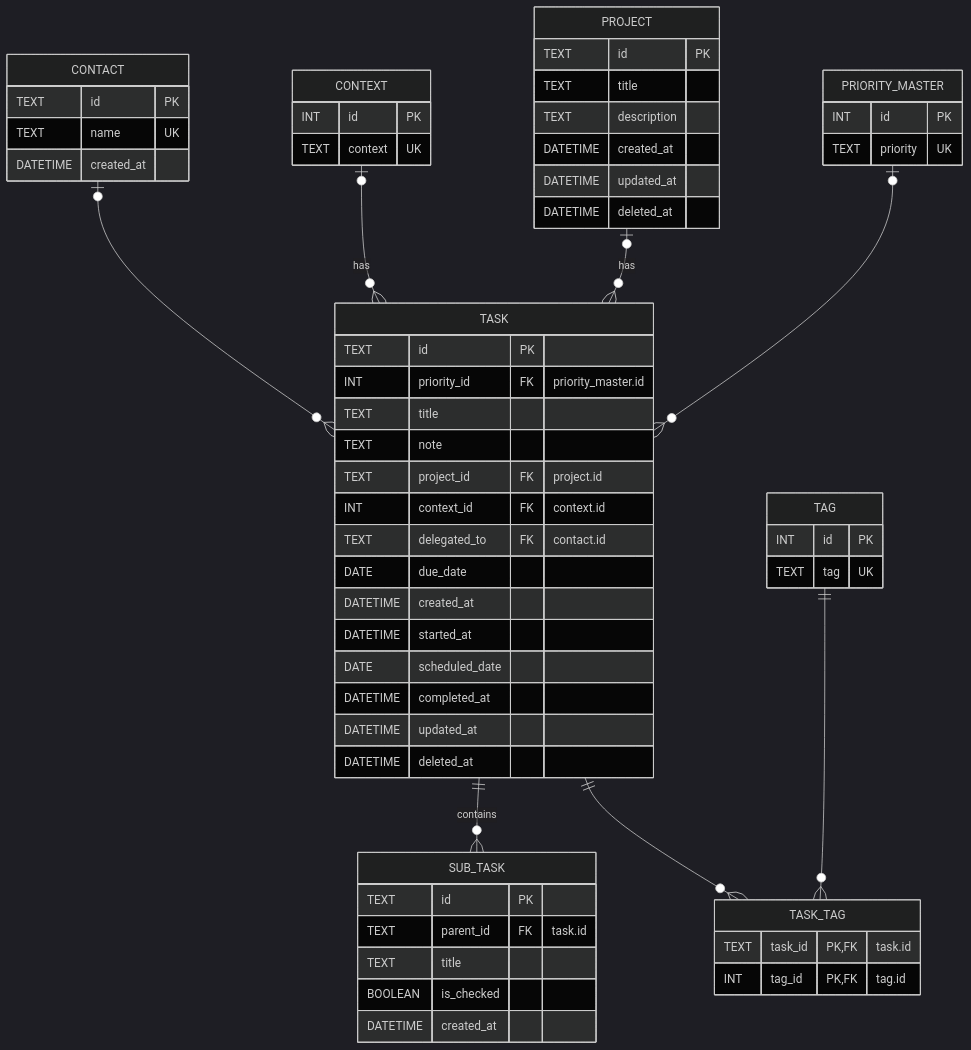
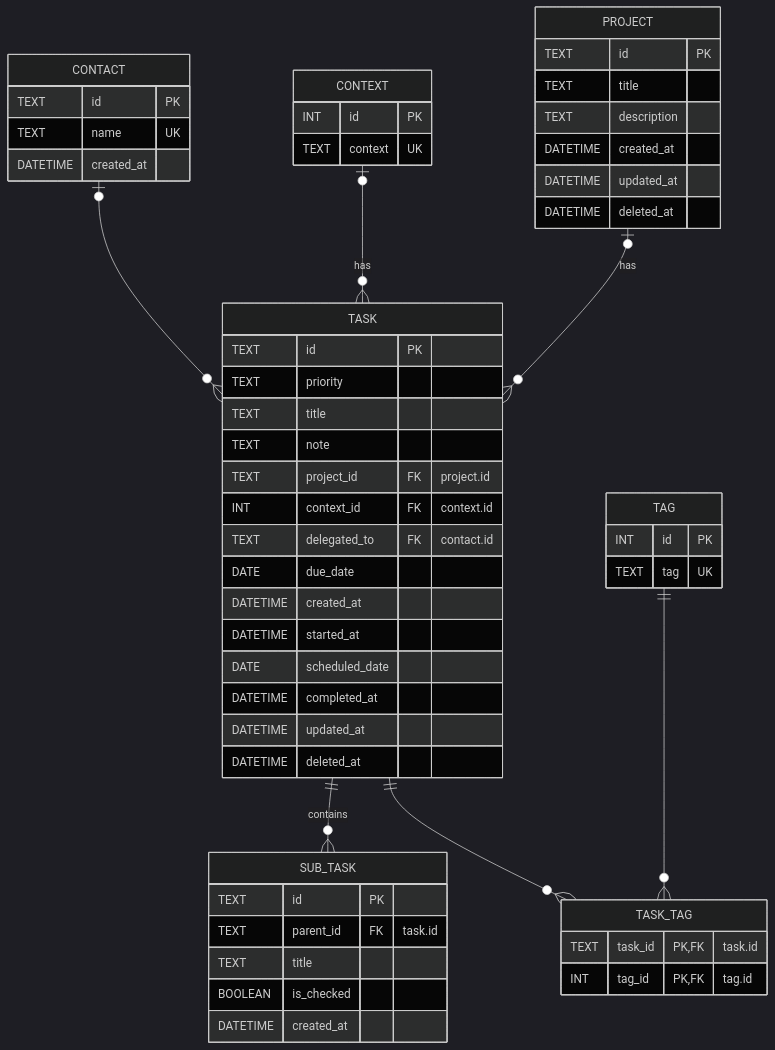
Before and after one commit to rvnkcode/dawn_cli: the diagram in docs/db.md, drawn with Mermaid (dark theme). The commit also changed other lines of this file, not shown here.

Commit message:
Updated DB schema document: Delete priority_master table

````diff
--- a/docs/db.md
+++ b/docs/db.md
@@ -12,70 +12,64 @@
 ```mermaid
 erDiagram
     CONTACT |o--o{ TASK : ""
     CONTEXT |o--o{ TASK : has
     PROJECT |o--o{ TASK : has
-    PRIORITY_MASTER |o--o{ TASK : ""
     TASK ||--o{ SUB_TASK : contains
     TASK ||--o{ TASK_TAG : ""
     TAG ||--o{ TASK_TAG : ""
 
     CONTACT {
         TEXT id PK
         TEXT name UK
         DATETIME created_at
     }
 
     CONTEXT {
         INT id PK
         TEXT context UK
     }
 
     PROJECT {
         TEXT id PK
         TEXT title
         TEXT description
         DATETIME created_at
         DATETIME updated_at
         DATETIME deleted_at
     }
 
-    PRIORITY_MASTER {
-        INT id PK
-        TEXT priority UK
-    }
-
     TASK {
         TEXT id PK
-        INT priority_id FK "priority_master.id"
+        TEXT priority
         TEXT title
         TEXT note
         TEXT project_id FK "project.id"
         INT context_id FK "context.id"
         TEXT delegated_to FK "contact.id"
         DATE due_date
         DATETIME created_at
         DATETIME started_at
         DATE scheduled_date
         DATETIME completed_at
         DATETIME updated_at
         DATETIME deleted_at
     }
 
     SUB_TASK {
         TEXT id PK
         TEXT parent_id FK "task.id"
         TEXT title
         BOOLEAN is_checked
         DATETIME created_at
     }
 
     TAG {
         INT id PK
         TEXT tag UK
     }
 
     TASK_TAG {
         TEXT task_id PK,FK "task.id"
         INT tag_id PK,FK "tag.id"
     }
 ```
````
